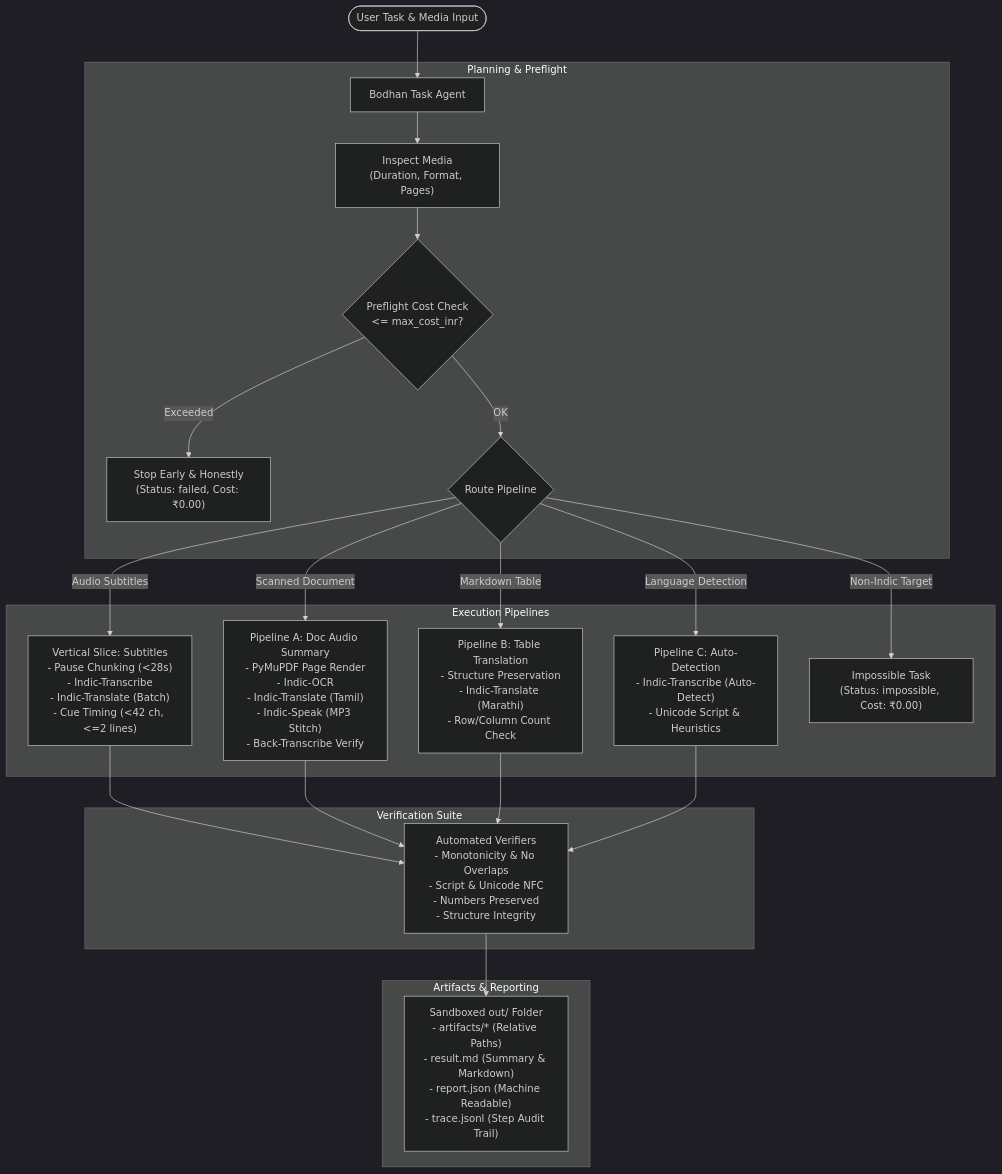
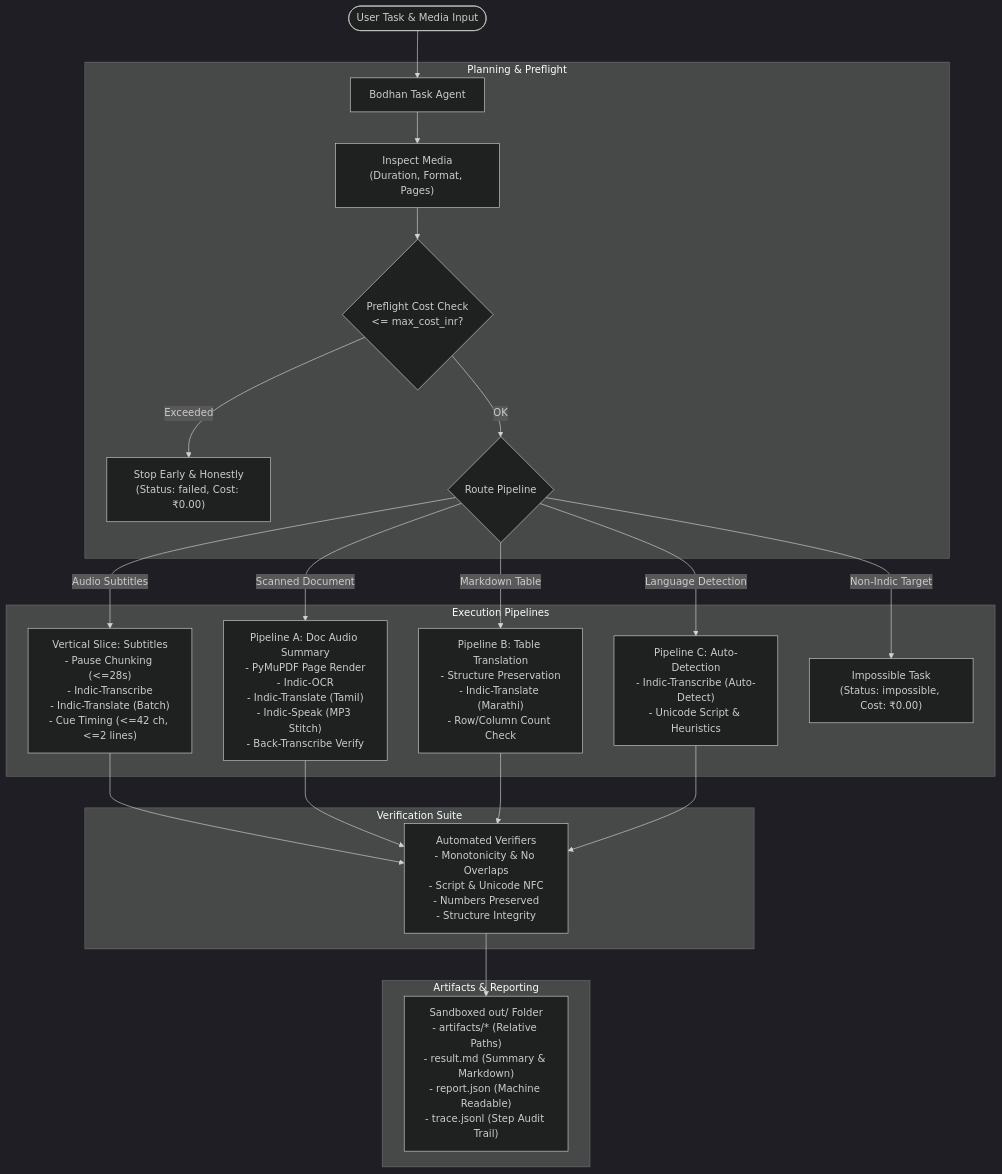
The diagram in examples/indic_multimodal_agent/README.md (Bodhan-AI/Bodhan-AI-Cookbook), drawn with Mermaid (dark theme) before and after one commit. The commit also changed 5 other files, not shown here.

Commit message:
docs & fix(demo): validate Mermaid diagrams, note Windows root pytest in PR, align demo tasks

````diff
--- a/examples/indic_multimodal_agent/README.md
+++ b/examples/indic_multimodal_agent/README.md
@@ -20,30 +20,30 @@
 ```mermaid
 flowchart TD
     User(["User Task & Media Input"]) --> Agent["Bodhan Task Agent"]
     
-    subgraph Planning & Preflight
+    subgraph PlanPreflight ["Planning & Preflight"]
         Agent --> Inspect["Inspect Media\n(Duration, Format, Pages)"]
         Inspect --> Preflight{"Preflight Cost Check\n<= max_cost_inr?"}
         Preflight -- "Exceeded" --> FailStop["Stop Early & Honestly\n(Status: failed, Cost: ₹0.00)"]
         Preflight -- "OK" --> Route{"Route Pipeline"}
     end
 
-    subgraph Execution Pipelines
-        Route -- "Audio Subtitles" --> VS["Vertical Slice: Subtitles\n- Pause Chunking (<28s)\n- Indic-Transcribe\n- Indic-Translate (Batch)\n- Cue Timing (<42 ch, <=2 lines)"]
+    subgraph ExecPipelines ["Execution Pipelines"]
+        Route -- "Audio Subtitles" --> VS["Vertical Slice: Subtitles\n- Pause Chunking (<=28s)\n- Indic-Transcribe\n- Indic-Translate (Batch)\n- Cue Timing (<=42 ch, <=2 lines)"]
         Route -- "Scanned Document" --> PA["Pipeline A: Doc Audio Summary\n- PyMuPDF Page Render\n- Indic-OCR\n- Indic-Translate (Tamil)\n- Indic-Speak (MP3 Stitch)\n- Back-Transcribe Verify"]
         Route -- "Markdown Table" --> PB["Pipeline B: Table Translation\n- Structure Preservation\n- Indic-Translate (Marathi)\n- Row/Column Count Check"]
         Route -- "Language Detection" --> PC["Pipeline C: Auto-Detection\n- Indic-Transcribe (Auto-Detect)\n- Unicode Script & Heuristics"]
         Route -- "Non-Indic Target" --> PImp["Impossible Task\n(Status: impossible, Cost: ₹0.00)"]
     end
 
-    subgraph Verification Suite
+    subgraph VerifSuite ["Verification Suite"]
         VS --> Verifier["Automated Verifiers\n- Monotonicity & No Overlaps\n- Script & Unicode NFC\n- Numbers Preserved\n- Structure Integrity"]
         PA --> Verifier
         PB --> Verifier
         PC --> Verifier
     end
 
-    subgraph Artifacts & Reporting
+    subgraph OutReporting ["Artifacts & Reporting"]
         Verifier --> Out["Sandboxed out/ Folder\n- artifacts/* (Relative Paths)\n- result.md (Summary & Markdown)\n- report.json (Machine Readable)\n- trace.jsonl (Step Audit Trail)"]
     end
 ```
````
